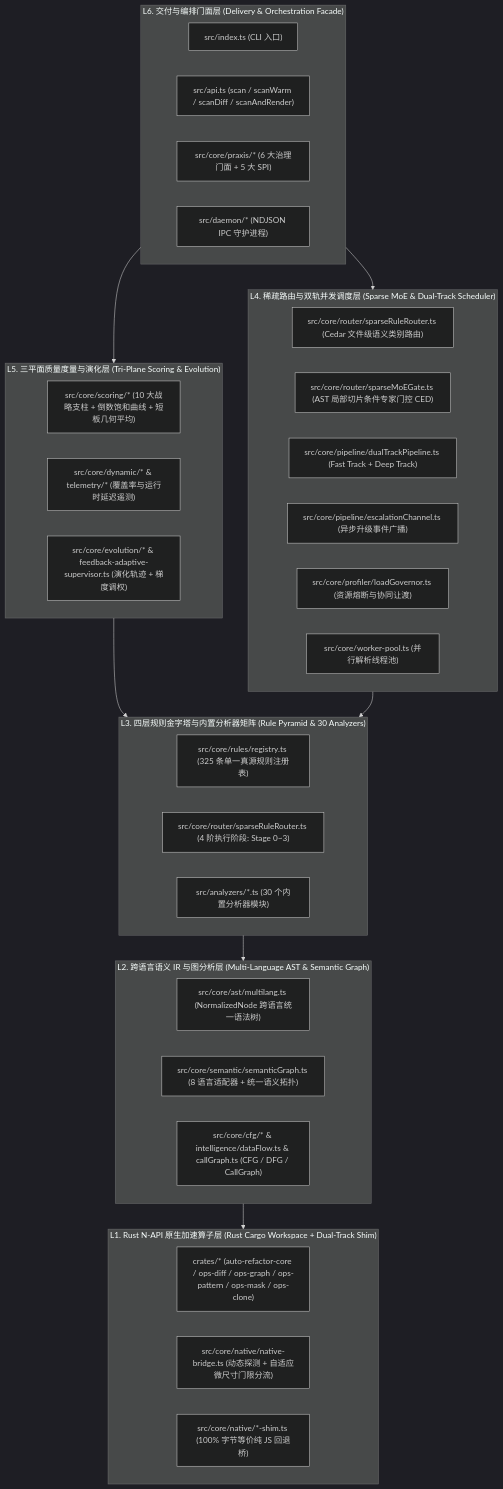
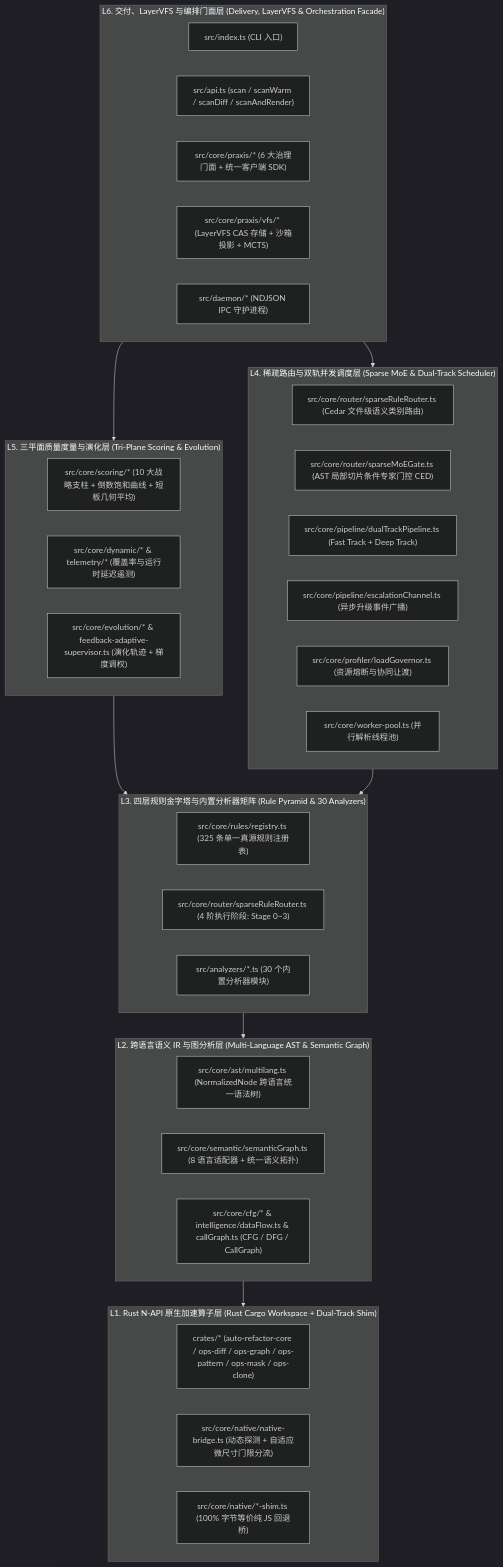
The first of 2 diagrams in auto-refactor/docs/01-architecture/01-system-overview.md (guilingzhouyi-creator/vscode-extensions), drawn with Mermaid (dark theme) before and after one commit. The commit also changed other lines of this file and 26 other files, not shown here.

First line of the commit message:
docs(architecture): 更新全宗架构设计规程与集成交付指引

````diff
--- a/auto-refactor/docs/01-architecture/01-system-overview.md
+++ b/auto-refactor/docs/01-architecture/01-system-overview.md
@@ -12,49 +12,50 @@
 ```mermaid
 flowchart TD
-  subgraph L6["L6. 交付与编排门面层 (Delivery & Orchestration Facade)"]
+  subgraph L6["L6. 交付、LayerVFS 与编排门面层 (Delivery, LayerVFS & Orchestration Facade)"]
     CLI["src/index.ts (CLI 入口)"]
     API["src/api.ts (scan / scanWarm / scanDiff / scanAndRender)"]
-    PRAXIS["src/core/praxis/* (6 大治理门面 + 5 大 SPI)"]
+    PRAXIS["src/core/praxis/* (6 大治理门面 + 统一客户端 SDK)"]
+    VFS["src/core/praxis/vfs/* (LayerVFS CAS 存储 + 沙箱投影 + MCTS)"]
     DAEMON["src/daemon/* (NDJSON IPC 守护进程)"]
   end
 
   subgraph L5["L5. 三平面质量度量与演化层 (Tri-Plane Scoring & Evolution)"]
     STATIC["src/core/scoring/* (10 大战略支柱 + 倒数饱和曲线 + 短板几何平均)"]
     DYNAMIC["src/core/dynamic/* & telemetry/* (覆盖率与运行时延迟遥测)"]
     EVOL["src/core/evolution/* & feedback-adaptive-supervisor.ts (演化轨迹 + 梯度调权)"]
   end
 
   subgraph L4["L4. 稀疏路由与双轨并发调度层 (Sparse MoE & Dual-Track Scheduler)"]
     ROUTER["src/core/router/sparseRuleRouter.ts (Cedar 文件级语义类别路由)"]
     MOE["src/core/router/sparseMoEGate.ts (AST 局部切片条件专家门控 CED)"]
     DUAL["src/core/pipeline/dualTrackPipeline.ts (Fast Track + Deep Track)"]
     ESCALATE["src/core/pipeline/escalationChannel.ts (异步升级事件广播)"]
     GOVERNOR["src/core/profiler/loadGovernor.ts (资源熔断与协同让渡)"]
     POOL["src/core/worker-pool.ts (并行解析线程池)"]
   end
 
   subgraph L3["L3. 四层规则金字塔与内置分析器矩阵 (Rule Pyramid & 30 Analyzers)"]
     REG["src/core/rules/registry.ts (325 条单一真源规则注册表)"]
     STAGES["src/core/router/sparseRuleRouter.ts (4 阶执行阶段: Stage 0~3)"]
     ANALYZERS["src/analyzers/*.ts (30 个内置分析器模块)"]
   end
 
   subgraph L2["L2. 跨语言语义 IR 与图分析层 (Multi-Language AST & Semantic Graph)"]
     AST["src/core/ast/multilang.ts (NormalizedNode 跨语言统一语法树)"]
     GRAPH["src/core/semantic/semanticGraph.ts (8 语言适配器 + 统一语义拓扑)"]
     FLOW["src/core/cfg/* & intelligence/dataFlow.ts & callGraph.ts (CFG / DFG / CallGraph)"]
   end
 
   subgraph L1["L1. Rust N-API 原生加速算子层 (Rust Cargo Workspace + Dual-Track Shim)"]
     CRATES["crates/* (auto-refactor-core / ops-diff / ops-graph / ops-pattern / ops-mask / ops-clone)"]
     BRIDGE["src/core/native/native-bridge.ts (动态探测 + 自适应微尺寸门限分流)"]
     SHIM["src/core/native/*-shim.ts (100% 字节等价纯 JS 回退桥)"]
   end
 
   L6 --> L5
   L6 --> L4
   L5 --> L3
   L4 --> L3
   L3 --> L2
   L2 --> L1
 ```
````
